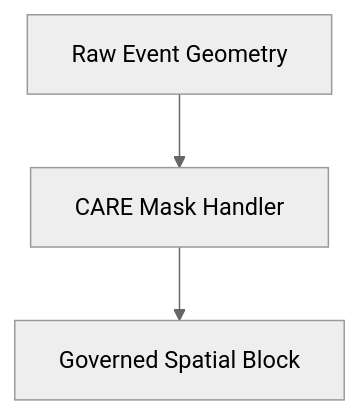
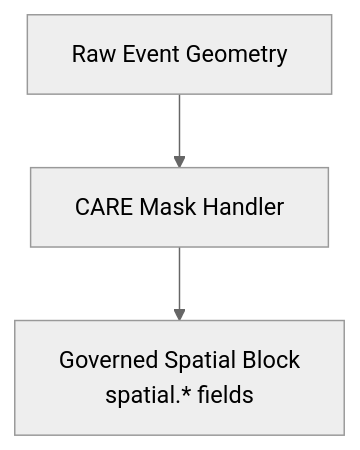
The third of 5 diagrams in web/src/entities/events/README.md (bartytime4life/Kansas-Frontier-Matrix), drawn with Mermaid (neutral theme) before and after one commit. The commit also changed other lines of this file, not shown here.

````diff
--- a/web/src/entities/events/README.md
+++ b/web/src/entities/events/README.md
@@ -154,5 +255,5 @@
-```mermaid
+~~~mermaid
 flowchart TD
     GEO[Raw Event Geometry] --> MASK[CARE Mask Handler]
-    MASK --> GEOOUT[Governed Spatial Block]
-```
+    MASK --> GEOOUT[Governed Spatial Block<br/>spatial.* fields]
+~~~
````
